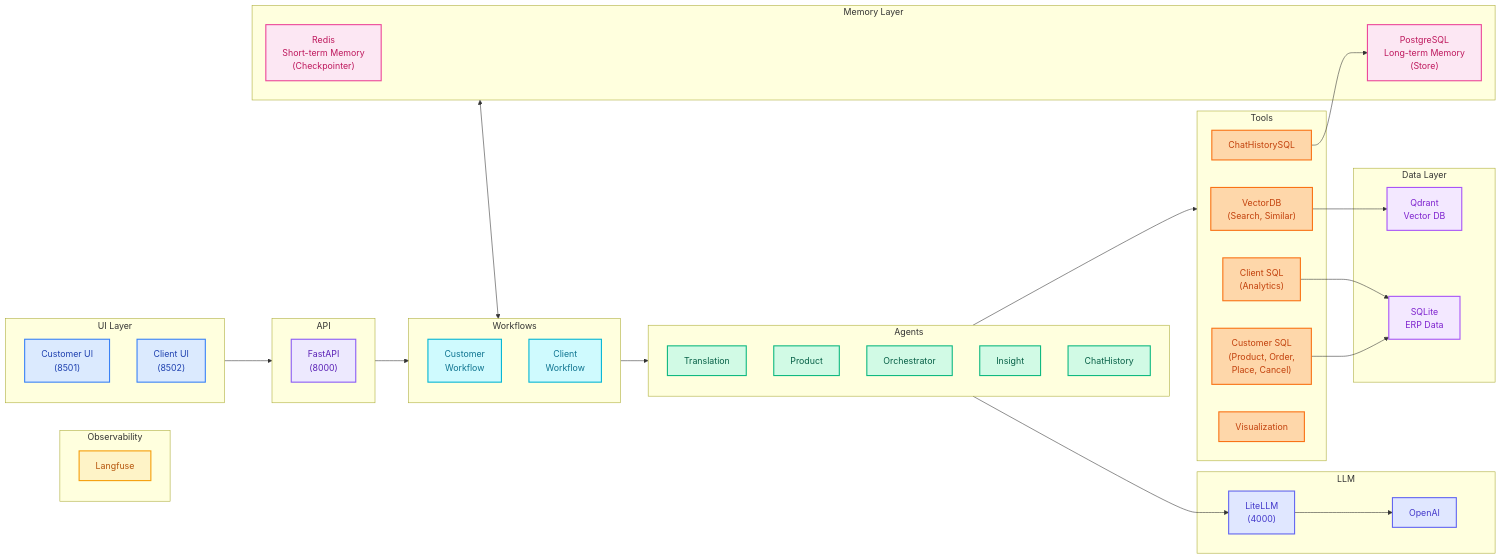
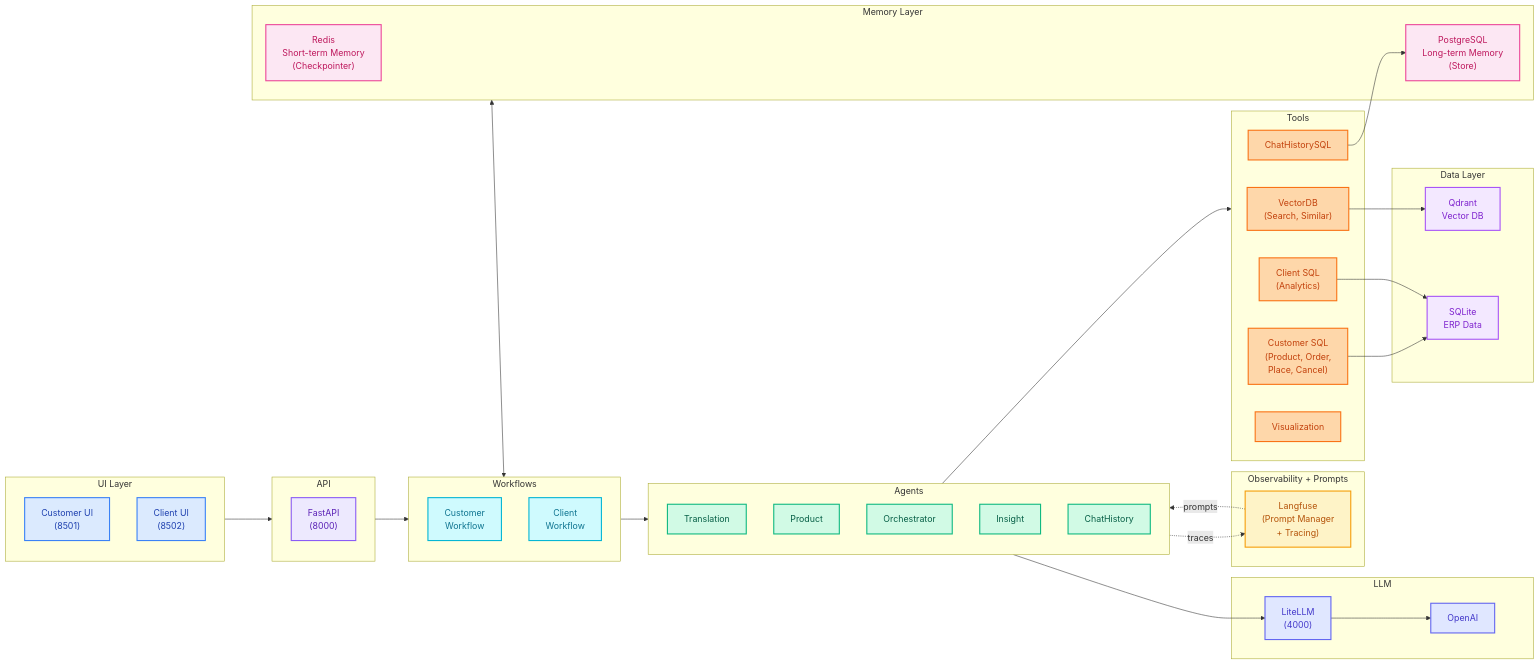
The diagram in docs/assets/diagrams/misc/README_1.mmd (mhokchuekchuek/mtl_agent), drawn with Mermaid before and after one commit. The commit also changed 2 other files, not shown here.

Commit message:
docs: update README diagram and cleanup

```diff
--- a/docs/assets/diagrams/misc/README_1.mmd
+++ b/docs/assets/diagrams/misc/README_1.mmd
@@ -1,77 +1,79 @@
 flowchart LR
-    subgraph Obs["Observability"]
-        Langfuse["Langfuse"]
+    subgraph Obs["Observability + Prompts"]
+        Langfuse["Langfuse<br/>(Prompt Manager<br/>+ Tracing)"]
     end
 
     subgraph Memory["Memory Layer"]
         Redis["Redis<br/>Short-term Memory<br/>(Checkpointer)"]
         Postgres["PostgreSQL<br/>Long-term Memory<br/>(Store)"]
     end
 
     subgraph UI["UI Layer"]
         CustomerUI["Customer UI<br/>(8501)"]
         ClientUI["Client UI<br/>(8502)"]
     end
 
     subgraph API["API"]
         FastAPI["FastAPI<br/>(8000)"]
     end
 
     subgraph Workflows["Workflows"]
         CustomerWF["Customer<br/>Workflow"]
         ClientWF["Client<br/>Workflow"]
     end
 
     subgraph Agents["Agents"]
         Translation["Translation"]
         Product["Product"]
         Orchestrator["Orchestrator"]
         Insight["Insight"]
         ChatHistoryAgent["ChatHistory"]
     end
 
     subgraph Tools["Tools"]
         VectorTools["VectorDB<br/>(Search, Similar)"]
         CustomerSQL["Customer SQL<br/>(Product, Order,<br/>Place, Cancel)"]
         ClientSQL["Client SQL<br/>(Analytics)"]
         ChatHistorySQL["ChatHistorySQL"]
         Viz["Visualization"]
     end
 
     subgraph LLM["LLM"]
         LiteLLM["LiteLLM<br/>(4000)"]
         OpenAI["OpenAI"]
     end
 
     subgraph Data["Data Layer"]
         Qdrant["Qdrant<br/>Vector DB"]
         SQLite["SQLite<br/>ERP Data"]
     end
 
     Memory <--> Workflows
     UI --> API --> Workflows --> Agents --> Tools
     Agents --> LiteLLM --> OpenAI
     VectorTools --> Qdrant
     CustomerSQL --> SQLite
     ClientSQL --> SQLite
     ChatHistorySQL --> Postgres
+    Langfuse -.->|prompts| Agents
+    Agents -.->|traces| Langfuse
 
     classDef obs fill:#fef3c7,stroke:#f59e0b,stroke-width:2px,color:#b45309
     classDef memory fill:#fce7f3,stroke:#ec4899,stroke-width:2px,color:#be185d
     classDef ui fill:#dbeafe,stroke:#3b82f6,stroke-width:2px,color:#1e40af
     classDef api fill:#ede9fe,stroke:#8b5cf6,stroke-width:2px,color:#5b21b6
     classDef workflow fill:#cffafe,stroke:#06b6d4,stroke-width:2px,color:#0e7490
     classDef agent fill:#d1fae5,stroke:#10b981,stroke-width:2px,color:#065f46
     classDef tool fill:#fed7aa,stroke:#f97316,stroke-width:2px,color:#c2410c
     classDef llm fill:#e0e7ff,stroke:#6366f1,stroke-width:2px,color:#4338ca
     classDef data fill:#f3e8ff,stroke:#a855f7,stroke-width:2px,color:#7e22ce
 
     class Langfuse obs
     class Redis,Postgres memory
     class CustomerUI,ClientUI ui
     class FastAPI api
     class CustomerWF,ClientWF workflow
     class Translation,Product,Orchestrator,Insight,ChatHistoryAgent agent
     class VectorTools,CustomerSQL,ClientSQL,ChatHistorySQL,Viz tool
     class LiteLLM,OpenAI llm
     class Qdrant,SQLite data
```
